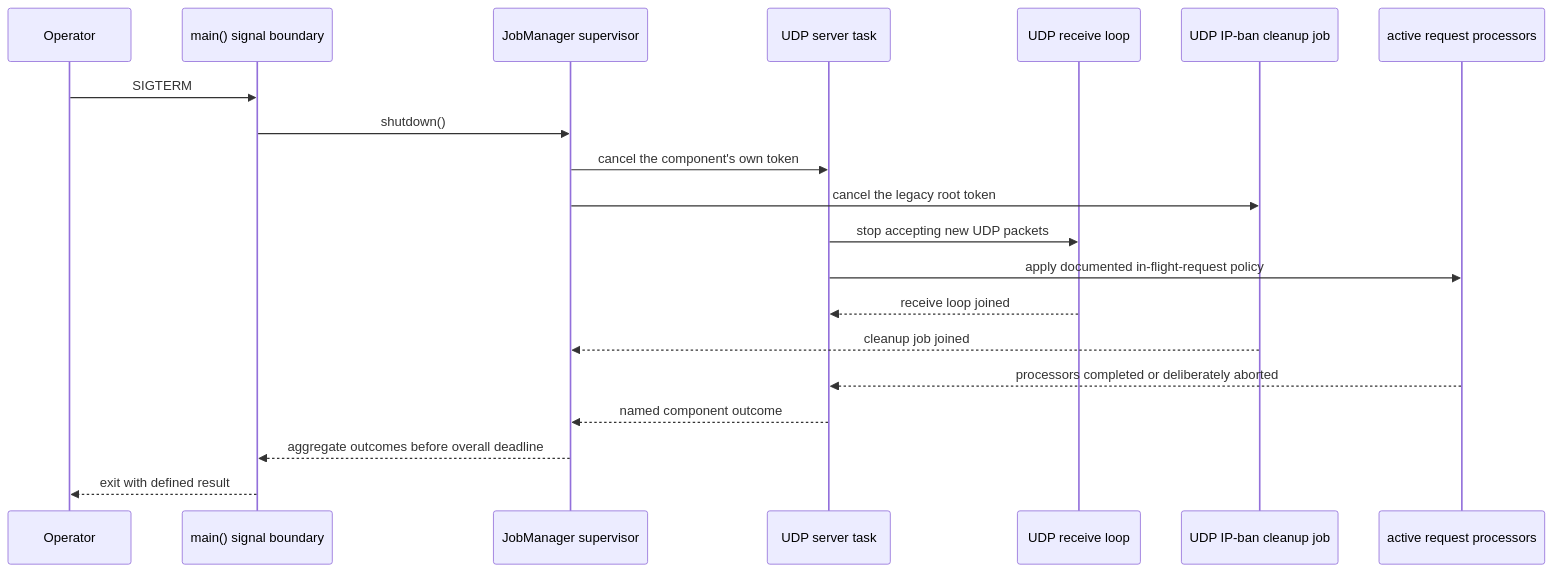
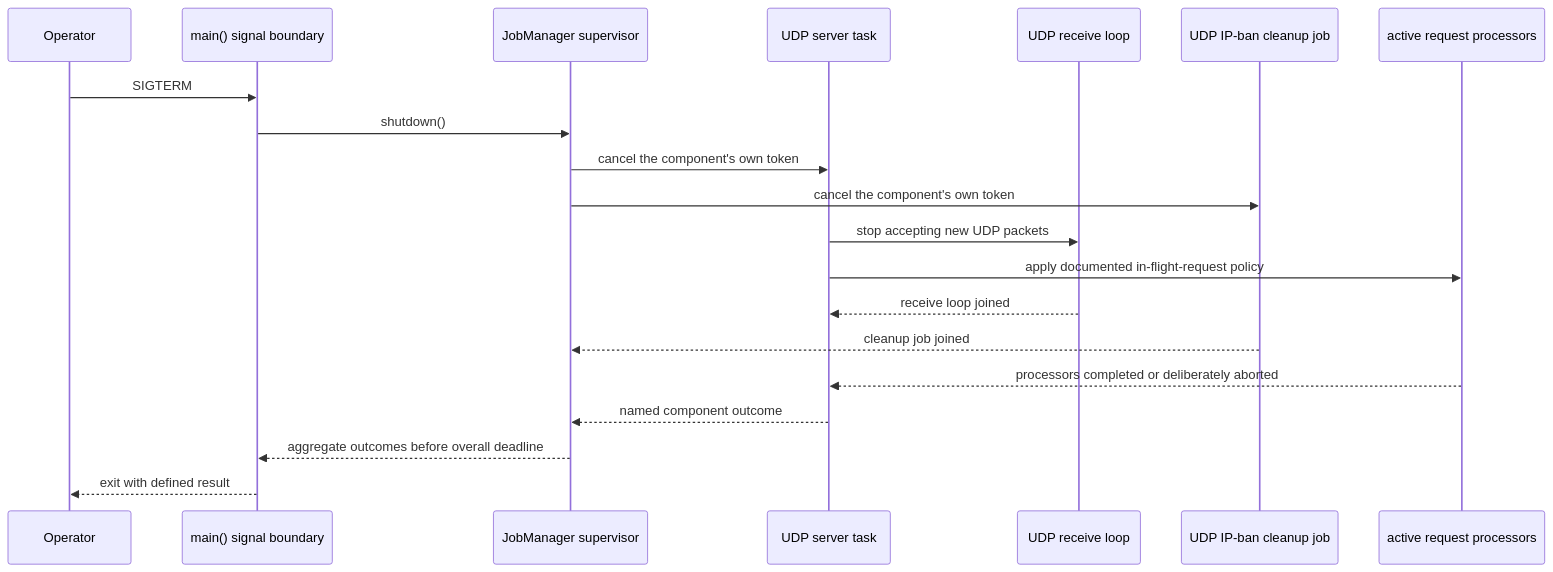
The fourth of 4 diagrams in docs/features/shutdown-process/shutdown-architecture-examples.md (torrust/torrust-tracker), drawn with Mermaid before and after one commit. The commit also changed other lines of this file and 6 other files, not shown here.

````diff
--- a/docs/features/shutdown-process/shutdown-architecture-examples.md
+++ b/docs/features/shutdown-process/shutdown-architecture-examples.md
@@ -212,23 +211,23 @@
 ```mermaid
 sequenceDiagram
     participant Operator
     participant Main as main() signal boundary
     participant Supervisor as JobManager supervisor
     participant UdpServer as UDP server task
     participant Receive as UDP receive loop
     participant BanCleanup as UDP IP-ban cleanup job
     participant Requests as active request processors
 
     Operator->>Main: SIGTERM
     Main->>Supervisor: shutdown()
     Supervisor->>UdpServer: cancel the component's own token
-    Supervisor->>BanCleanup: cancel the legacy root token
+    Supervisor->>BanCleanup: cancel the component's own token
     UdpServer->>Receive: stop accepting new UDP packets
     UdpServer->>Requests: apply documented in-flight-request policy
     Receive-->>UdpServer: receive loop joined
     BanCleanup-->>Supervisor: cleanup job joined
     Requests-->>UdpServer: processors completed or deliberately aborted
     UdpServer-->>Supervisor: named component outcome
     Supervisor-->>Main: aggregate outcomes before overall deadline
     Main-->>Operator: exit with defined result
 ```
````
